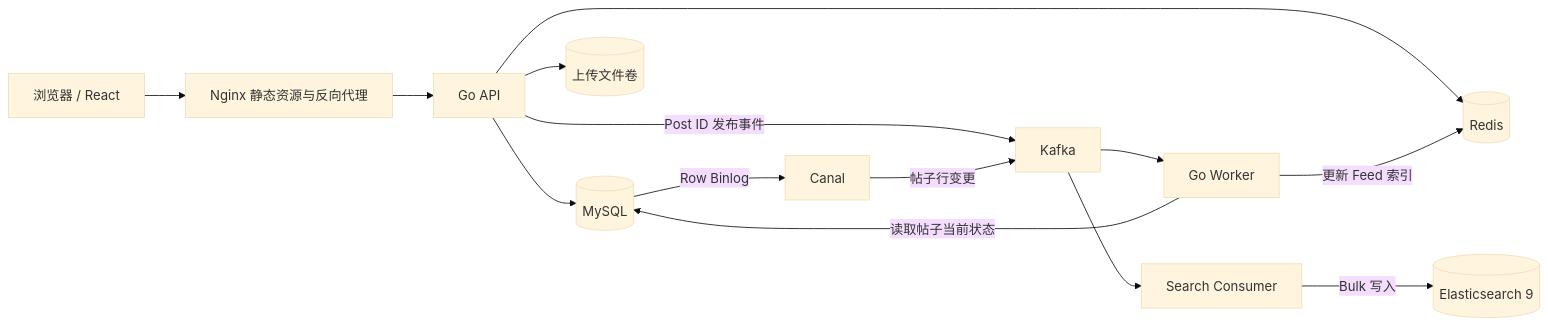
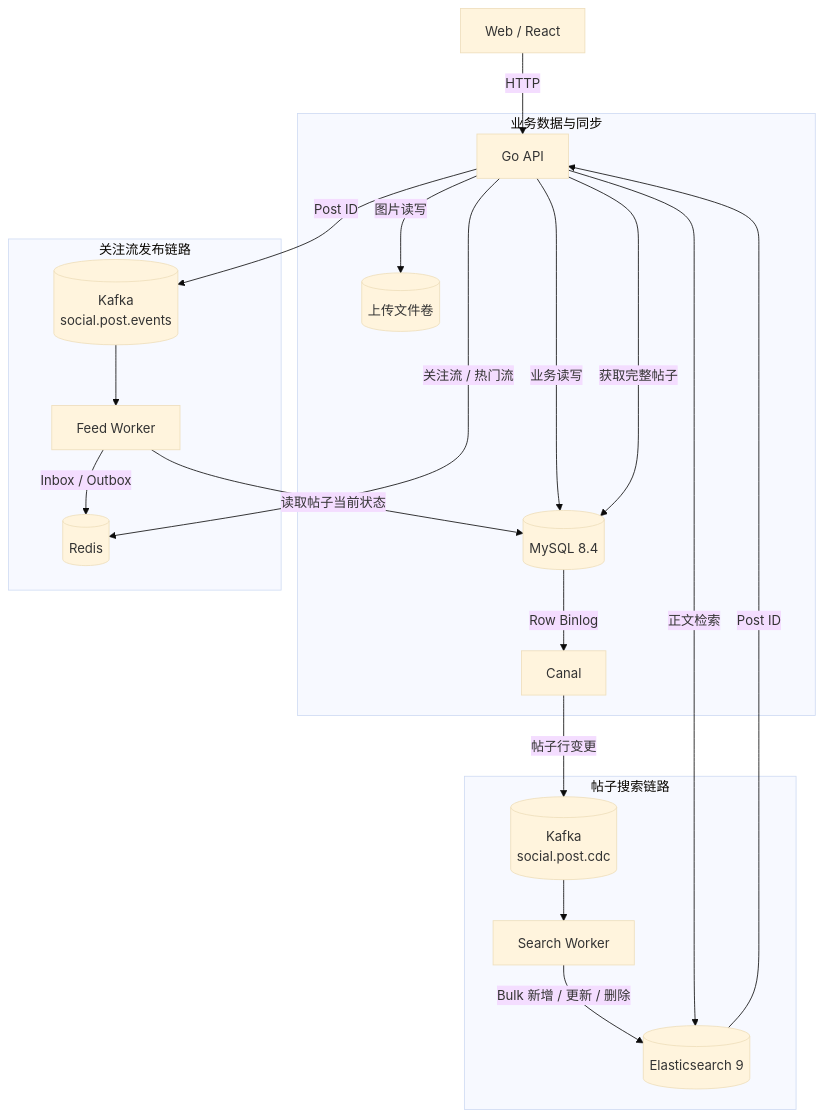
The diagram in README.md (minova01/social_feed), drawn with Mermaid (base theme) before and after one commit. The commit also changed other lines of this file, not shown here.

````diff
--- a/README.md
+++ b/README.md
@@ -31,18 +33,28 @@
 ```mermaid
-flowchart LR
-    U[浏览器 / React] --> N[Nginx 静态资源与反向代理]
-    N --> A[Go API]
+flowchart TB
+    U[Web / React] -->|HTTP| A[Go API]
 
-    A --> M[(MySQL)]
-    A --> R[(Redis)]
-    A --> F[(上传文件卷)]
-    A -- Post ID 发布事件 --> Q[Kafka]
+    subgraph Core[业务数据与同步]
+        A -->|业务读写| M[(MySQL 8.4)]
+        A -->|图片读写| F[(上传文件卷)]
+        M -->|Row Binlog| C[Canal]
+    end
 
-    Q --> K[Go Worker]
-    K -- 读取帖子当前状态 --> M
-    K -- 更新 Feed 索引 --> R
-    M -- Row Binlog --> C[Canal]
-    C -- 帖子行变更 --> Q
-    Q --> S[Search Consumer]
-    S -- Bulk 写入 --> E[(Elasticsearch 9)]
+    subgraph Feed[关注流发布链路]
+        A -->|Post ID| K[(Kafka<br/>social.post.events)]
+        K --> FW[Feed Worker]
+        FW -->|读取帖子当前状态| M
+        FW -->|Inbox / Outbox| R[(Redis)]
+    end
+
+    subgraph Search[帖子搜索链路]
+        C -->|帖子行变更| CDC[(Kafka<br/>social.post.cdc)]
+        CDC --> SW[Search Worker]
+        SW -->|Bulk 新增 / 更新 / 删除| E[(Elasticsearch 9)]
+        A -->|正文检索| E
+        E -->|Post ID| A
+        A -->|获取完整帖子| M
+    end
+
+    A -->|关注流 / 热门流| R
 ```
````
